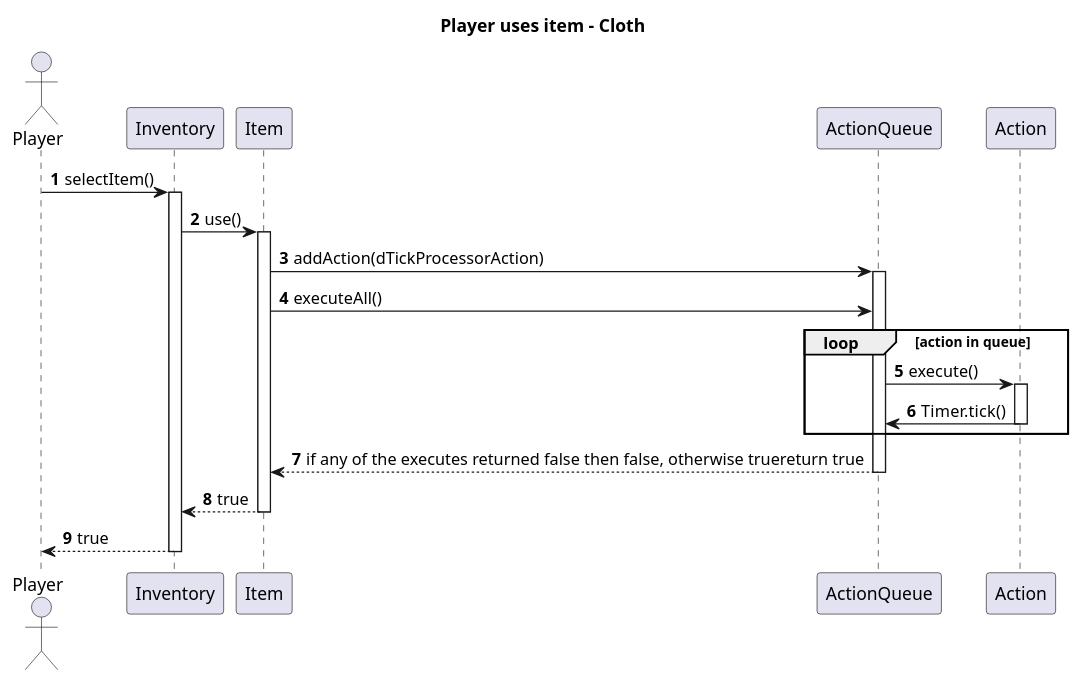
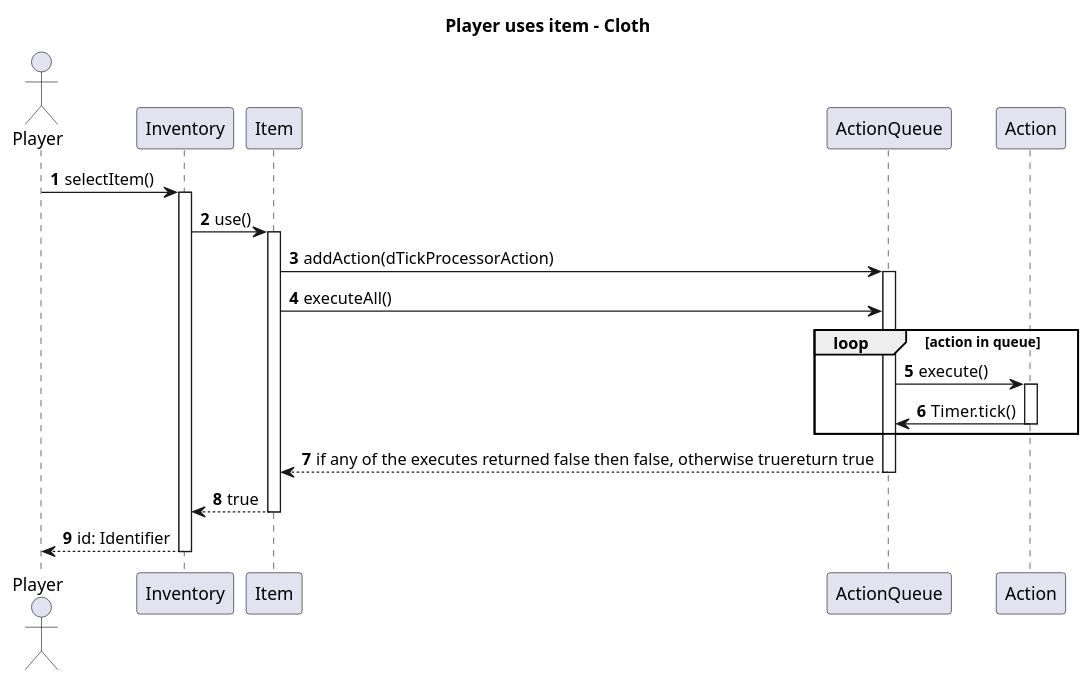
Before and after one commit to MysticMazeEducators/.github: the diagram in resources/sequence_diagrams/item/itemUse/itemUse_cloth.puml, drawn with PlantUML. The commit also changed 3 other files, not shown here.

Commit message:
Added TODO comments and fixes on Cloth item usage sequence diagram

```diff
--- a/resources/sequence_diagrams/item/itemUse/itemUse_cloth.puml
+++ b/resources/sequence_diagrams/item/itemUse/itemUse_cloth.puml
@@ -1,30 +1,30 @@
 @startuml
 'https://plantuml.com/sequence-diagram
 
 title Player uses item - Cloth
 autonumber
 
 Actor Player as p
 participant Inventory as inv
 participant Item as item
 participant ActionQueue as aq
 
 p->inv : selectItem()
 activate inv
 
 inv->item: use()
 activate item
 
 item->aq: addAction(dTickProcessorAction)
 activate aq
 item -> aq: executeAll()
 loop action in queue
     aq -> Action: execute()
     activate Action
     Action -> aq: Timer.tick()
     deactivate Action
 end loop
 return if any of the executes returned false then false, otherwise truereturn true
 return true
-return true
+return id: Identifier
 @enduml
```
